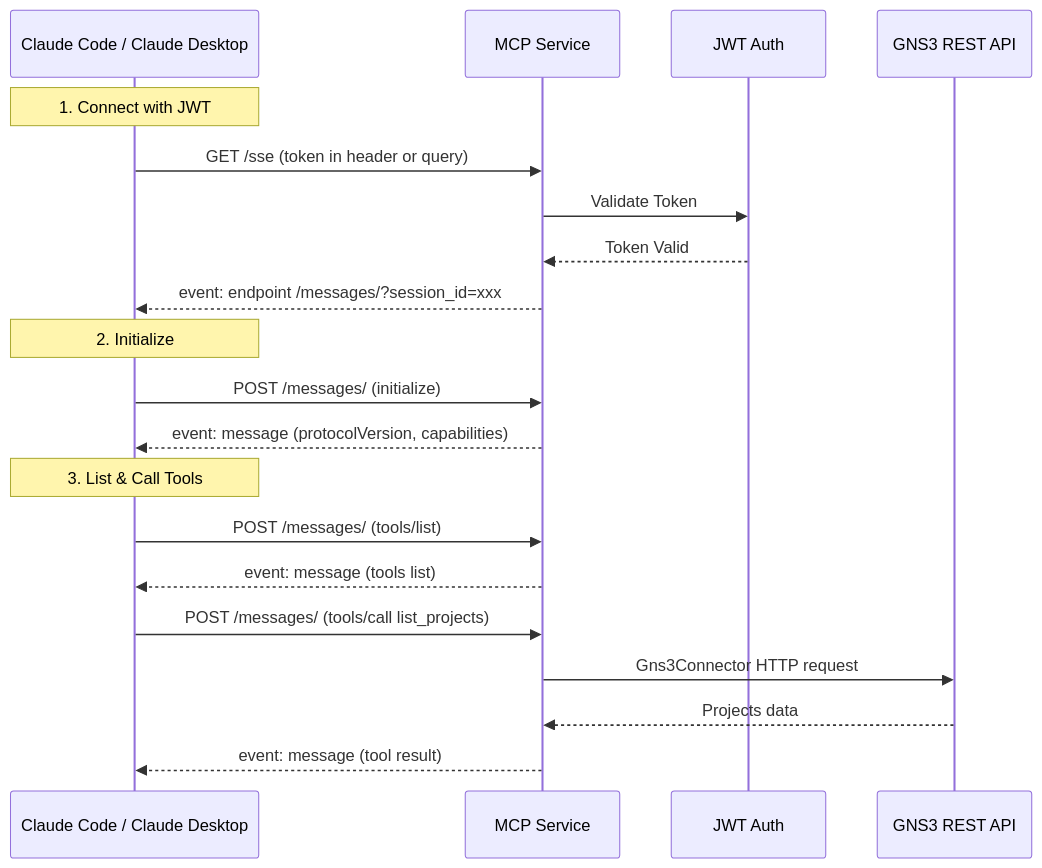
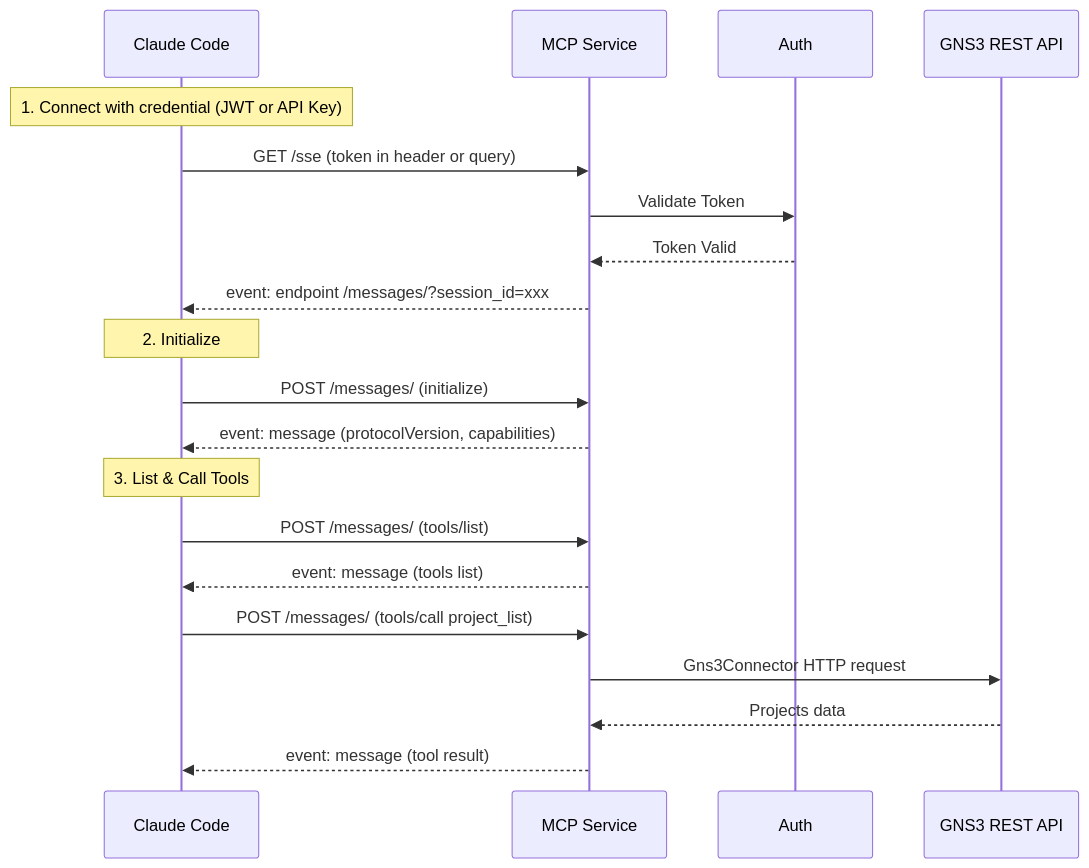
The second of 2 diagrams in docs/features/mcp-service.md (cristian-ciobanu/gns3-server), drawn with Mermaid before and after one commit. The commit also changed other lines of this file, not shown here.

Commit message:
docs: Remove Claude Desktop section from MCP doc

````diff
--- a/docs/features/mcp-service.md
+++ b/docs/features/mcp-service.md
@@ -401,26 +387,26 @@
 ```mermaid
 sequenceDiagram
-    participant Client as Claude Code / Claude Desktop
+    participant Client as Claude Code
     participant MCP as MCP Service
-    participant Auth as JWT Auth
+    participant Auth as Auth
     participant GNS3 as GNS3 REST API
 
-    Note over Client: 1. Connect with JWT
+    Note over Client: 1. Connect with credential (JWT or API Key)
     Client->>MCP: GET /sse (token in header or query)
     MCP->>Auth: Validate Token
     Auth-->>MCP: Token Valid
     MCP-->>Client: event: endpoint /messages/?session_id=xxx
 
     Note over Client: 2. Initialize
     Client->>MCP: POST /messages/ (initialize)
     MCP-->>Client: event: message (protocolVersion, capabilities)
 
     Note over Client: 3. List & Call Tools
     Client->>MCP: POST /messages/ (tools/list)
     MCP-->>Client: event: message (tools list)
 
-    Client->>MCP: POST /messages/ (tools/call list_projects)
+    Client->>MCP: POST /messages/ (tools/call project_list)
     MCP->>GNS3: Gns3Connector HTTP request
     GNS3-->>MCP: Projects data
     MCP-->>Client: event: message (tool result)
 ```
````
